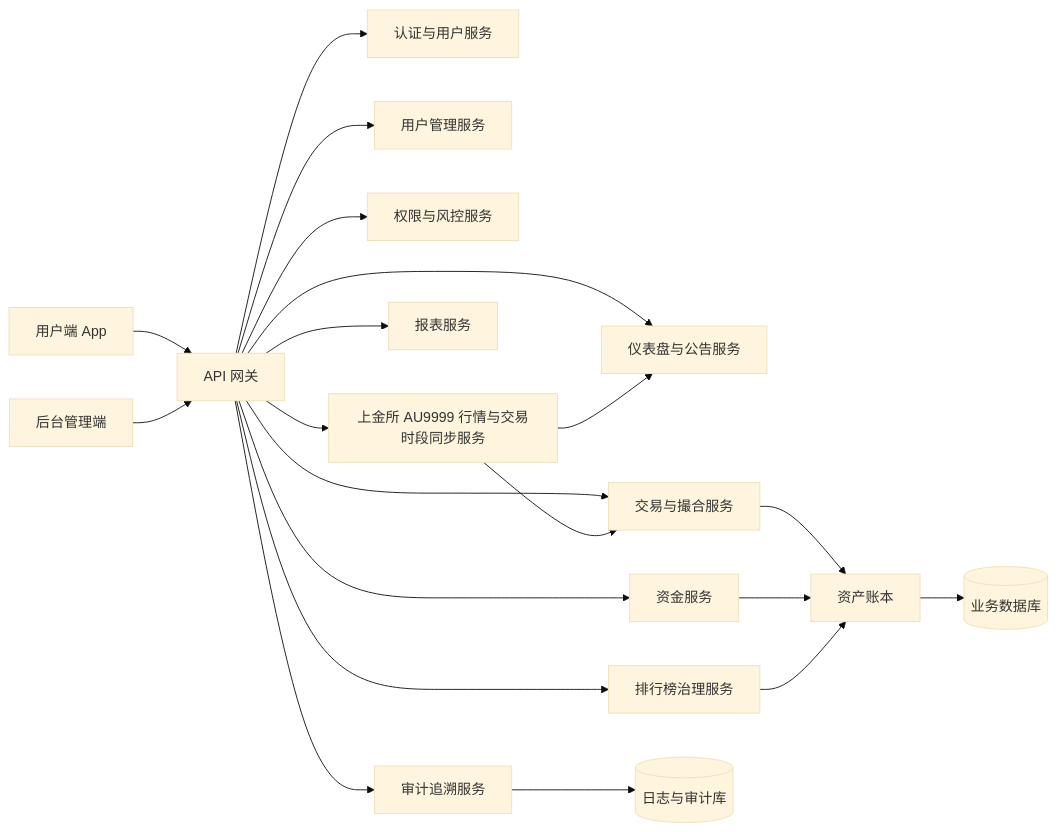
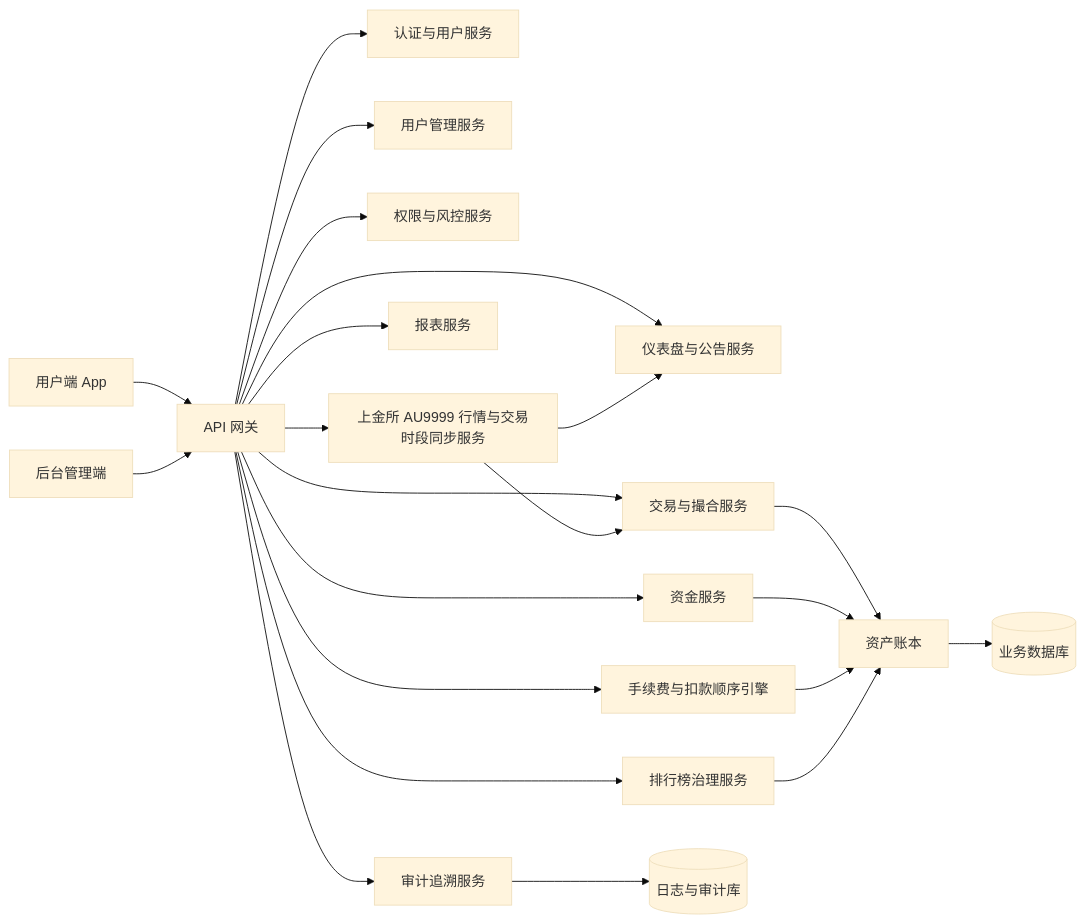
One commit to duckfunny233/gold-value-added changed the diagram in docs/02-系统架构（前台+后台+账本）.md. Above: the diagram before and after it, drawn with Mermaid (base theme). The commit also changed other lines of this file and 47 other files, not shown here.

````diff
--- a/docs/02-系统架构（前台+后台+账本）.md
+++ b/docs/02-系统架构（前台+后台+账本）.md
@@ -9,22 +9,24 @@
 ```mermaid
 flowchart LR
   U["用户端 App"] --> G["API 网关"]
   A["后台管理端"] --> G
   G --> AUTH["认证与用户服务"]
   G --> DASH["仪表盘与公告服务"]
   G --> USER["用户管理服务"]
   G --> TRADE["交易与撮合服务"]
   G --> FUND["资金服务"]
   G --> RANK["排行榜治理服务"]
   G --> RISK["权限与风控服务"]
   G --> AUDIT["审计追溯服务"]
   G --> REPORT["报表服务"]
   G --> MARKET["上金所 AU9999 行情与交易时段同步服务"]
+  G --> BILLING["手续费与扣款顺序引擎"]
   TRADE --> LEDGER["资产账本"]
   FUND --> LEDGER
+  BILLING --> LEDGER
   MARKET --> TRADE
   MARKET --> DASH
   RANK --> LEDGER
   AUDIT --> LOG[("日志与审计库")]
   LEDGER --> DB[("业务数据库")]
 ```
````
